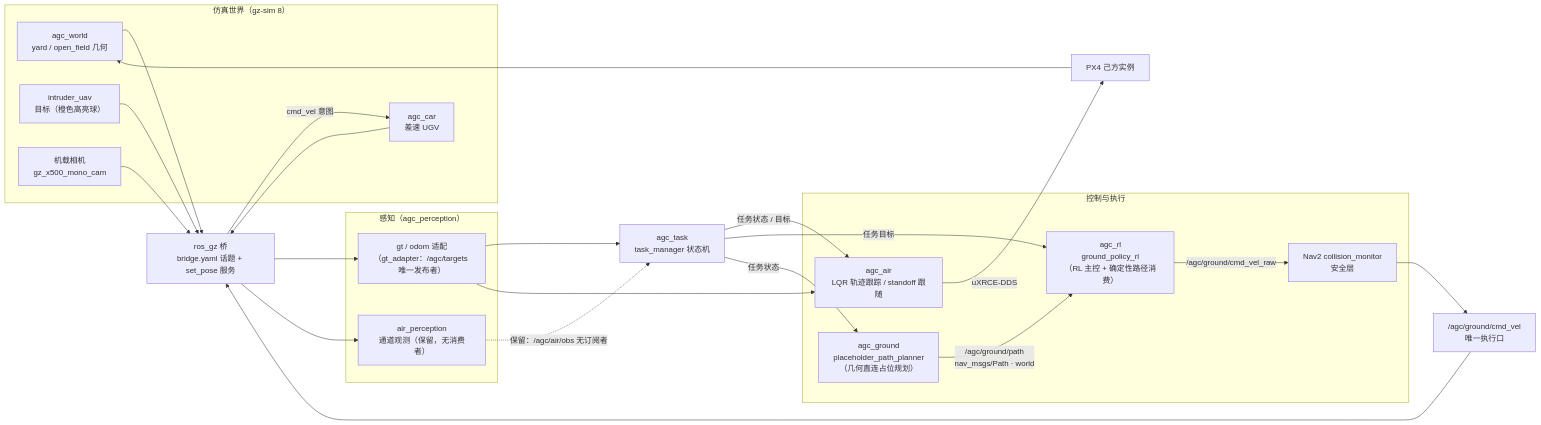
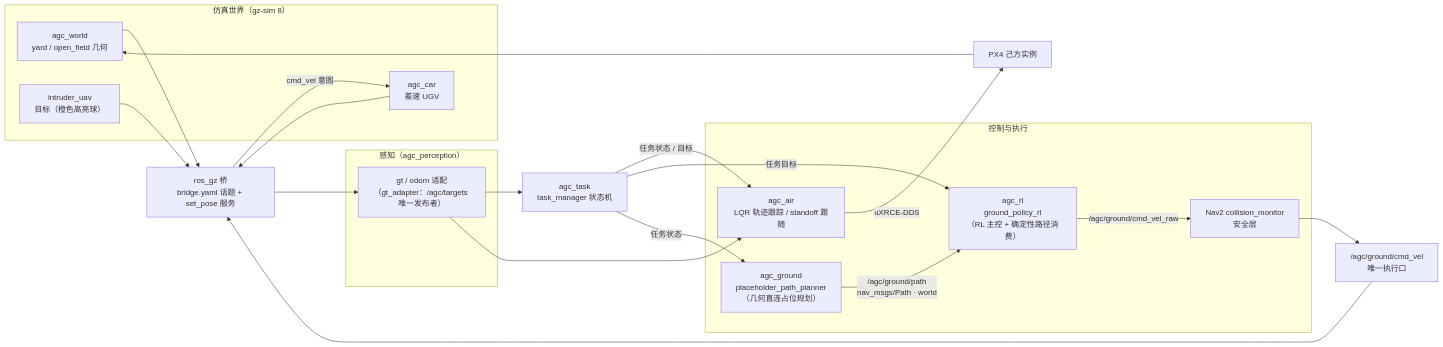
Before and after one commit to loiterlogic/air-ground-counter-drone: the second of 2 diagrams in docs/conventions/系统结构图.md, drawn with Mermaid. The commit also changed other lines of this file and 43 other files, not shown here.

First line of the commit message:
refactor(retirement): 清退 perception 场景轴与 air_perception，建立退役物总台账

````diff
--- a/docs/conventions/系统结构图.md
+++ b/docs/conventions/系统结构图.md
@@ -214,47 +214,42 @@
 ```mermaid
 flowchart LR
     subgraph SIMW["仿真世界（gz-sim 8）"]
         WORLD["agc_world<br/>yard / open_field 几何"]
         CAR["agc_car<br/>差速 UGV"]
         TGT["intruder_uav<br/>目标（橙色高亮球）"]
-        CAM["机载相机<br/>gz_x500_mono_cam"]
     end
 
     BRIDGE["ros_gz 桥<br/>bridge.yaml 话题 + set_pose 服务"]
 
     subgraph PERC["感知（agc_perception）"]
         GT["gt / odom 适配<br/>（gt_adapter：/agc/targets 唯一发布者）"]
-        AP["air_perception<br/>通道观测（保留，无消费者）"]
     end
 
     TM["agc_task<br/>task_manager 状态机"]
 
     subgraph CTRL2["控制与执行"]
         AIRT["agc_air<br/>LQR 轨迹跟踪 / standoff 跟随"]
         PLANNER["agc_ground<br/>placeholder_path_planner<br/>（几何直连占位规划）"]
         GC["agc_rl<br/>ground_policy_rl<br/>（RL 主控 + 确定性路径消费）"]
         SHIELD["Nav2 collision_monitor<br/>安全层"]
     end
 
     PORT["/agc/ground/cmd_vel<br/>唯一执行口"]
 
     WORLD --> BRIDGE
     CAR --> BRIDGE
     TGT --> BRIDGE
-    CAM --> BRIDGE
     BRIDGE --> GT
-    BRIDGE --> AP
     GT --> TM
     GT --> AIRT
-    AP -.->|"保留：/agc/air/obs 无订阅者"| TM
     TM -->|任务状态 / 目标| AIRT
     TM -->|任务目标| GC
     TM -->|任务状态| PLANNER
     PLANNER -->|"/agc/ground/path<br/>nav_msgs/Path · world"| GC
     GC -->|"/agc/ground/cmd_vel_raw"| SHIELD
     SHIELD --> PORT
     PORT --> BRIDGE
     BRIDGE -->|cmd_vel 意图| CAR
     AIRT -->|uXRCE-DDS| PX4A["PX4 己方实例"]
     PX4A --> WORLD
 ```
````
